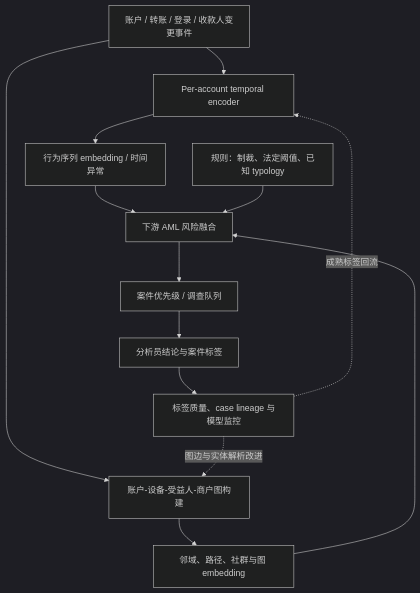
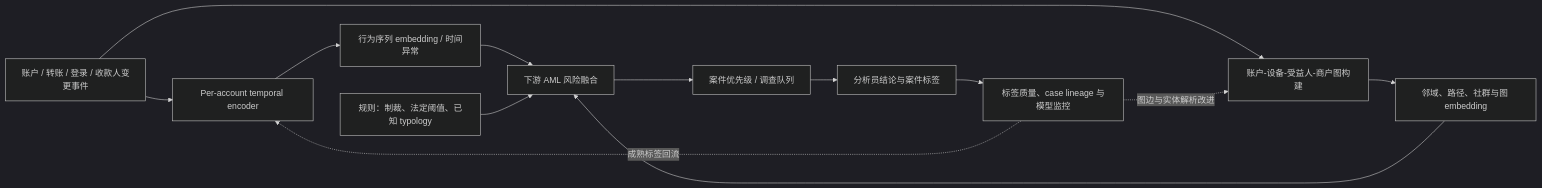
Before and after one commit to devweekly/devweekly.github.io: the tenth of 15 diagrams in temp/transformer_sequence_financial_services_survey_2026-10-24/transformer_sequence_financial_services_survey_2026-10-24.md, drawn with Mermaid (dark theme). The commit also changed other lines of this file, not shown here.

Commit message:
Polish beginner explanations, table of contents, and diagram layouts

````diff
--- a/temp/transformer_sequence_financial_services_survey_2026-10-24/transformer_sequence_financial_services_survey_2026-10-24.md
+++ b/temp/transformer_sequence_financial_services_survey_2026-10-24/transformer_sequence_financial_services_survey_2026-10-24.md
@@ -1033,15 +1034,15 @@
 ```mermaid
-flowchart TB
+flowchart LR
     E[账户 / 转账 / 登录 / 收款人变更事件] --> S[Per-account temporal encoder]
     E --> G[账户-设备-受益人-商户图构建]
     S --> ZS[行为序列 embedding / 时间异常]
     G --> ZG[邻域、路径、社群与图 embedding]
     ZS --> F[下游 AML 风险融合]
     ZG --> F
     R[规则：制裁、法定阈值、已知 typology] --> F
     F --> C[案件优先级 / 调查队列]
     C --> H[分析员结论与案件标签]
     H --> T[标签质量、case lineage 与模型监控]
     T -.成熟标签回流.-> S
     T -.图边与实体解析改进.-> G
 ```
````
